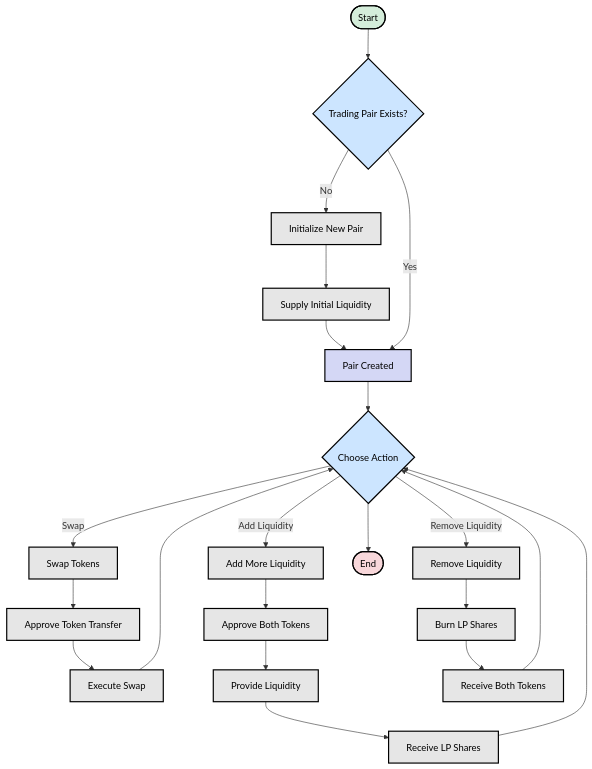
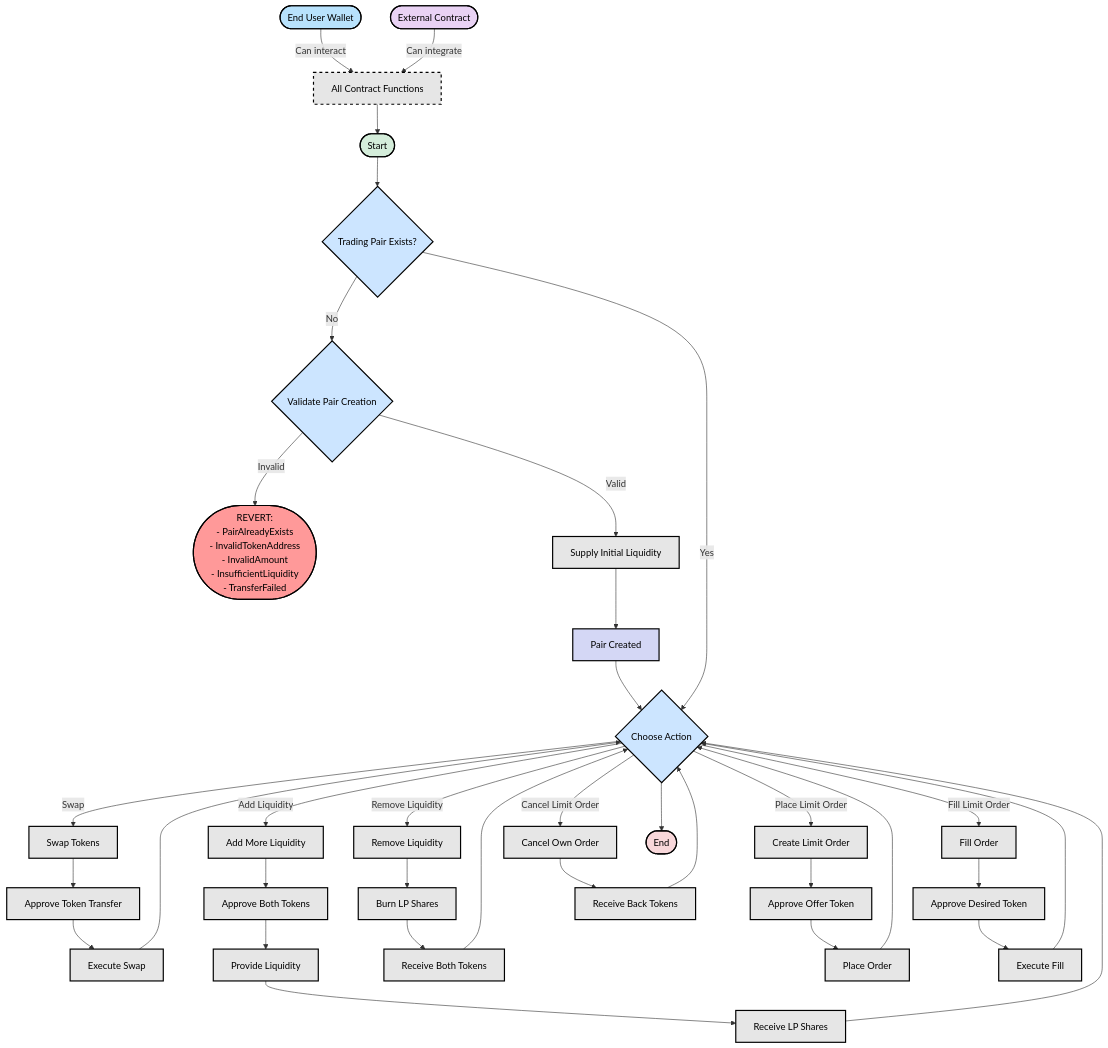
Before and after one commit to beh10000/Liteswap: the second of 2 diagrams in README.md, drawn with Mermaid.

Commit message:
readme documentation

`````diff
--- a/README.md
+++ b/README.md
@@ -101,39 +101,70 @@
 ````mermaid
 flowchart TD
+    EOA([End User Wallet]) -->|Can interact| ENTRY[All Contract Functions]
+    EXT([External Contract]) -->|Can integrate| ENTRY
+    
+    ENTRY --> START
+    
     START([Start]) --> A{Trading Pair Exists?}
     
-    A -->|No| B[Initialize New Pair]
-    B --> C[Supply Initial Liquidity]
+    A -->|No| B{Validate Pair Creation}
+    B -->|Invalid| R([REVERT:
+    - PairAlreadyExists
+    - InvalidTokenAddress
+    - InvalidAmount
+    - InsufficientLiquidity
+    - TransferFailed])
+    B -->|Valid| C[Supply Initial Liquidity]
     C --> D[Pair Created]
+    D --> E
     
-    A -->|Yes| D
+    A -->|Yes| E{Choose Action}
     
-    D --> E{Choose Action}
-    
+    %% AMM Actions
     E -->|Swap| F[Swap Tokens]
     F --> G[Approve Token Transfer]
     G --> H[Execute Swap]
     H --> E
     
     E -->|Add Liquidity| I[Add More Liquidity]
     I --> J[Approve Both Tokens]
     J --> K[Provide Liquidity]
     K --> L[Receive LP Shares]
     L --> E
     
     E -->|Remove Liquidity| M[Remove Liquidity]
     M --> N[Burn LP Shares]
     N --> O[Receive Both Tokens]
     O --> E
     
+    %% Limit Order Actions
+    E -->|Place Limit Order| P[Create Limit Order]
+    P --> Q[Approve Offer Token]
+    Q --> S[Place Order]
+    S --> E
+    
+    E -->|Fill Limit Order| T[Fill Order]
+    T --> U[Approve Desired Token]
+    U --> V[Execute Fill]
+    V --> E
+    
+    E -->|Cancel Limit Order| W[Cancel Own Order]
+    W --> X[Receive Back Tokens]
+    X --> E
+    
     E --> END([End])
 
     style START fill:#d4edda,stroke:#000000,stroke-width:2px,color:#000000
     style END fill:#f8d7da,stroke:#000000,stroke-width:2px,color:#000000
+    style R fill:#ff9999,stroke:#000000,stroke-width:2px,color:#000000
     style A fill:#cce5ff,stroke:#000000,stroke-width:2px,color:#000000
+    style B fill:#cce5ff,stroke:#000000,stroke-width:2px,color:#000000
     style E fill:#cce5ff,stroke:#000000,stroke-width:2px,color:#000000
     style D fill:#d4d7f5,stroke:#000000,stroke-width:2px,color:#000000
+    style EOA fill:#b8e2fc,stroke:#000000,stroke-width:2px,color:#000000
+    style EXT fill:#e9d2f4,stroke:#000000,stroke-width:2px,color:#000000
+    style ENTRY fill:#e6e6e6,stroke:#000000,stroke-width:2px,color:#000000,stroke-dasharray: 5 5
     
     classDef action fill:#e6e6e6,stroke:#000000,stroke-width:2px,color:#000000
-    class B,C,F,G,H,I,J,K,L,M,N,O action
+    class C,F,G,H,I,J,K,L,M,N,O,P,Q,S,T,U,V,W,X action
 ````
`````
